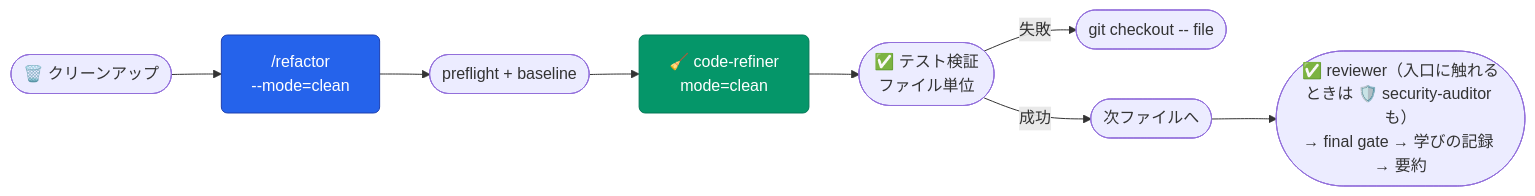
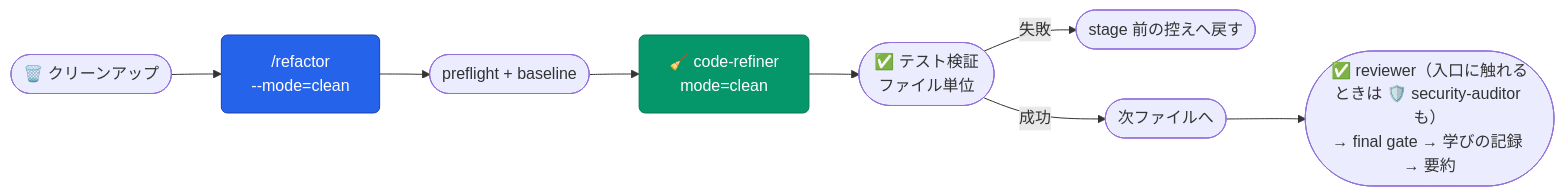
The fifth of 21 diagrams in README.md (aokumablue/claq), drawn with Mermaid before and after one commit. The commit also changed 2 other files, not shown here.

Commit message:
fix(refactor): 戻すときは stage 前の控えへ戻し、未コミットの編集を消さない
既定スコープは未コミットの変更なので、git checkout -- で HEAD へ戻すと
利用者の編集まで消えていた。loop-dev・/perf と同じく、加えた編集だけを
取り消す形に揃える。参照先の消えた canonicalize 検証の行も削除する。

````diff
--- a/README.md
+++ b/README.md
@@ -324,13 +324,13 @@
 ```mermaid
 flowchart LR
   classDef cmd    fill:#2563eb,stroke:#1e40af,color:#fff,rx:6
   classDef agent  fill:#059669,stroke:#047857,color:#fff,rx:6
 
   U(["🗑️ クリーンアップ"]) --> CREF["/refactor<br/>--mode=clean"]:::cmd
   CREF --> PRE(["preflight + baseline"])
   PRE --> AC["🧹 code-refiner<br/>mode=clean"]:::agent
   AC --> TEST(["✅ テスト検証<br/>ファイル単位"])
-  TEST -->|失敗| REVERT(["git checkout -- file"])
+  TEST -->|失敗| REVERT(["stage 前の控えへ戻す"])
   TEST -->|成功| NEXT(["次ファイルへ"])
   NEXT --> RV(["✅ reviewer（入口に触れるときは 🛡️ security-auditor も）<br/>→ final gate → 学びの記録 → 要約"])
 ```
````
